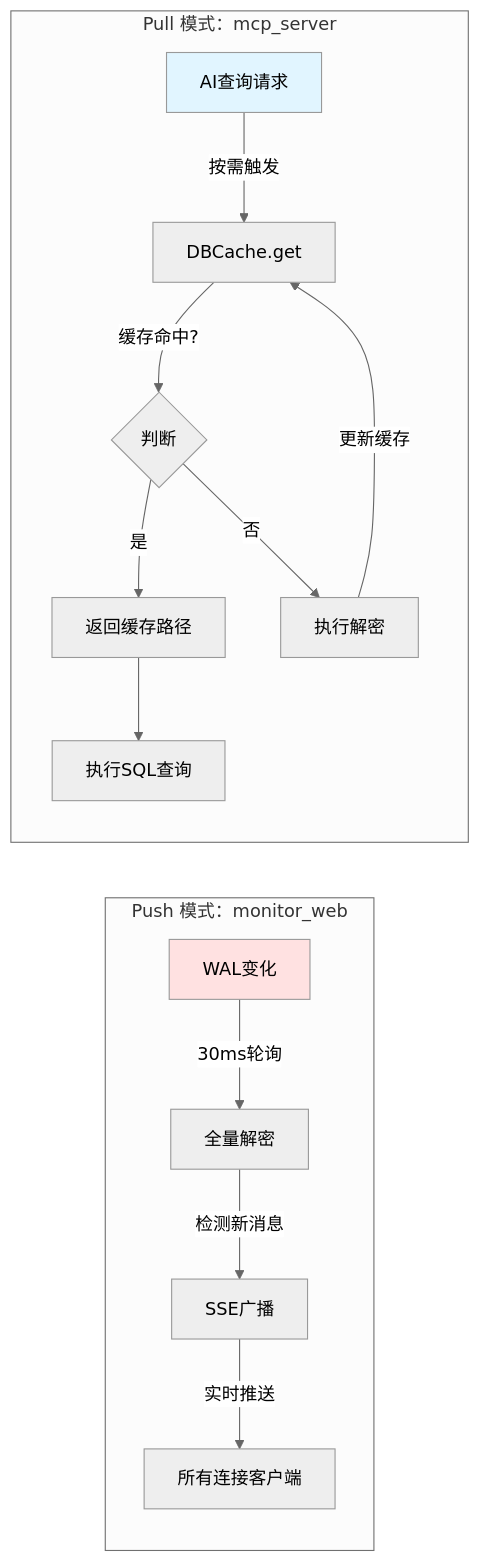
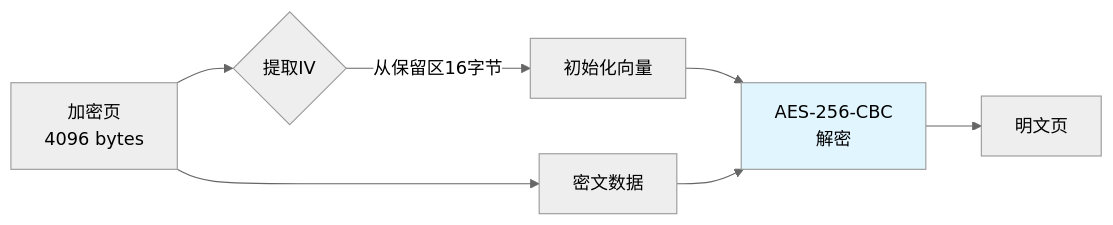
The second of 13 diagrams in public/wechat-decrypt/guide-beginners-guide-data-flow.md (nerdneilsfield/code-wiki-pages), drawn with Mermaid (neutral theme) before and after one commit. The commit also changed other lines of this file and 30 other files, not shown here.

````diff
--- a/public/wechat-decrypt/guide-beginners-guide-data-flow.md
+++ b/public/wechat-decrypt/guide-beginners-guide-data-flow.md
@@ -59,20 +67,11 @@
 ```mermaid
 flowchart LR
-    subgraph "Push 模式：monitor_web"
-        A[WAL变化] -->|30ms轮询| B[全量解密]
-        B -->|检测新消息| C[SSE广播]
-        C -->|实时推送| D[所有连接客户端]
-    end
+    A[加密页<br/>4096 bytes] --> B{提取IV}
+    B -->|从保留区16字节| C[初始化向量]
+    A --> D[密文数据]
+    C --> E[AES-256-CBC<br/>解密]
+    D --> E
+    E --> F[明文页]
     
-    subgraph "Pull 模式：mcp_server"
-        E[AI查询请求] -->|按需触发| F[DBCache.get]
-        F -->|缓存命中?| G{判断}
-        G -->|是| H[返回缓存路径]
-        G -->|否| I[执行解密]
-        I -->|更新缓存| F
-        H --> J[执行SQL查询]
-    end
-    
-    style A fill:#ffe1e1
     style E fill:#e1f5ff
 ```
````
